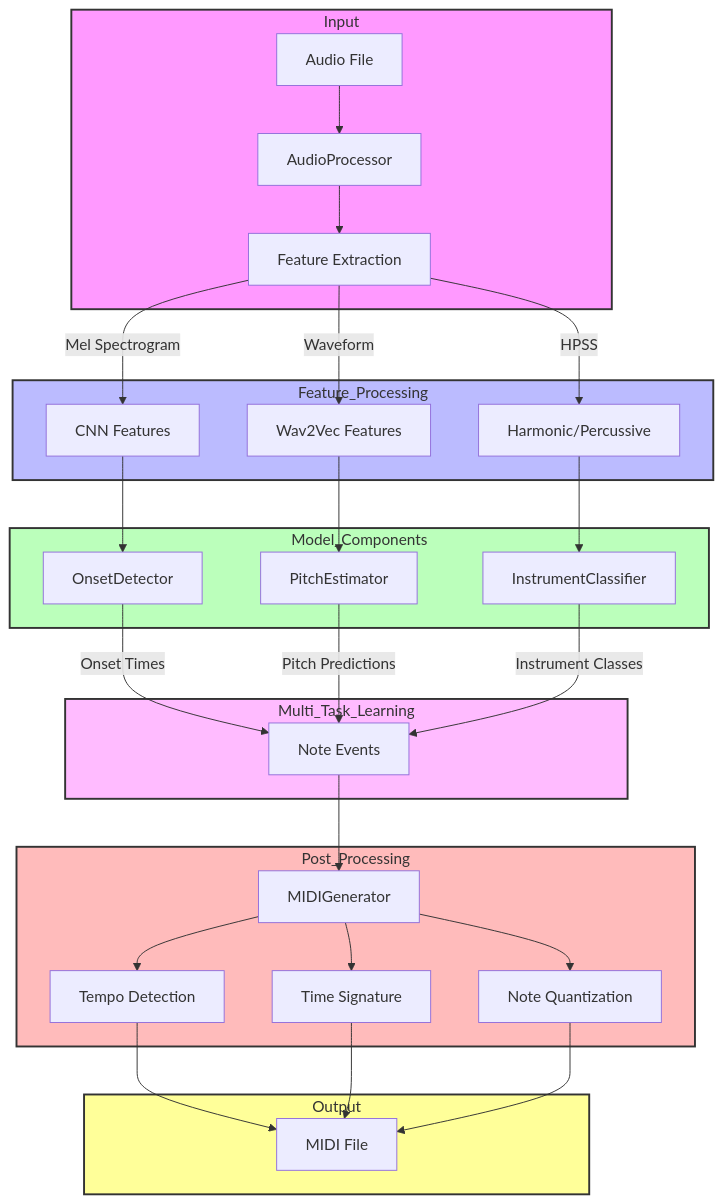
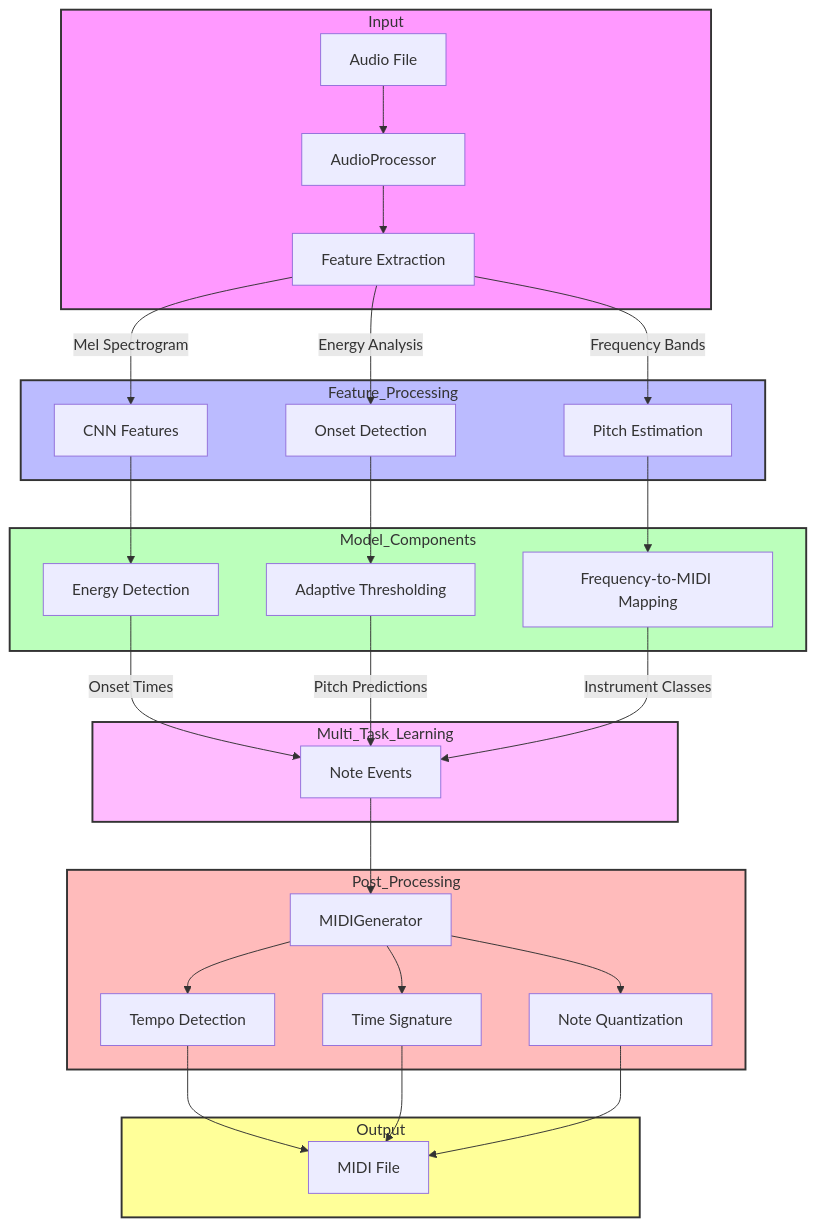
Before and after one commit to robinfrancis186/NoteFlow: the first of 2 diagrams in README.md, drawn with Mermaid. The commit also changed other lines of this file, not shown here.

Commit message:
Update README with performance comparison chart and optimization details

````diff
--- a/README.md
+++ b/README.md
@@ -7,45 +14,45 @@
 ```mermaid
 graph TD
     subgraph Input
         A[Audio File] --> B[AudioProcessor]
         B --> C[Feature Extraction]
     end
 
     subgraph Feature_Processing
         C --> |Mel Spectrogram| D[CNN Features]
-        C --> |Waveform| E[Wav2Vec Features]
-        C --> |HPSS| F[Harmonic/Percussive]
+        C --> |Energy Analysis| E[Onset Detection]
+        C --> |Frequency Bands| F[Pitch Estimation]
     end
 
     subgraph Model_Components
-        D --> G[OnsetDetector]
-        E --> H[PitchEstimator]
-        F --> I[InstrumentClassifier]
+        D --> G[Energy Detection]
+        E --> H[Adaptive Thresholding]
+        F --> I[Frequency-to-MIDI Mapping]
     end
 
     subgraph Multi_Task_Learning
         G --> |Onset Times| J[Note Events]
         H --> |Pitch Predictions| J
         I --> |Instrument Classes| J
     end
 
     subgraph Post_Processing
         J --> K[MIDIGenerator]
         K --> L[Tempo Detection]
         K --> M[Time Signature]
         K --> N[Note Quantization]
     end
 
     subgraph Output
         L --> O[MIDI File]
         M --> O
         N --> O
     end
 
     style Input fill:#f9f,stroke:#333,stroke-width:2px
     style Feature_Processing fill:#bbf,stroke:#333,stroke-width:2px
     style Model_Components fill:#bfb,stroke:#333,stroke-width:2px
     style Multi_Task_Learning fill:#fbf,stroke:#333,stroke-width:2px
     style Post_Processing fill:#fbb,stroke:#333,stroke-width:2px
     style Output fill:#ff9,stroke:#333,stroke-width:2px
 ```
````
